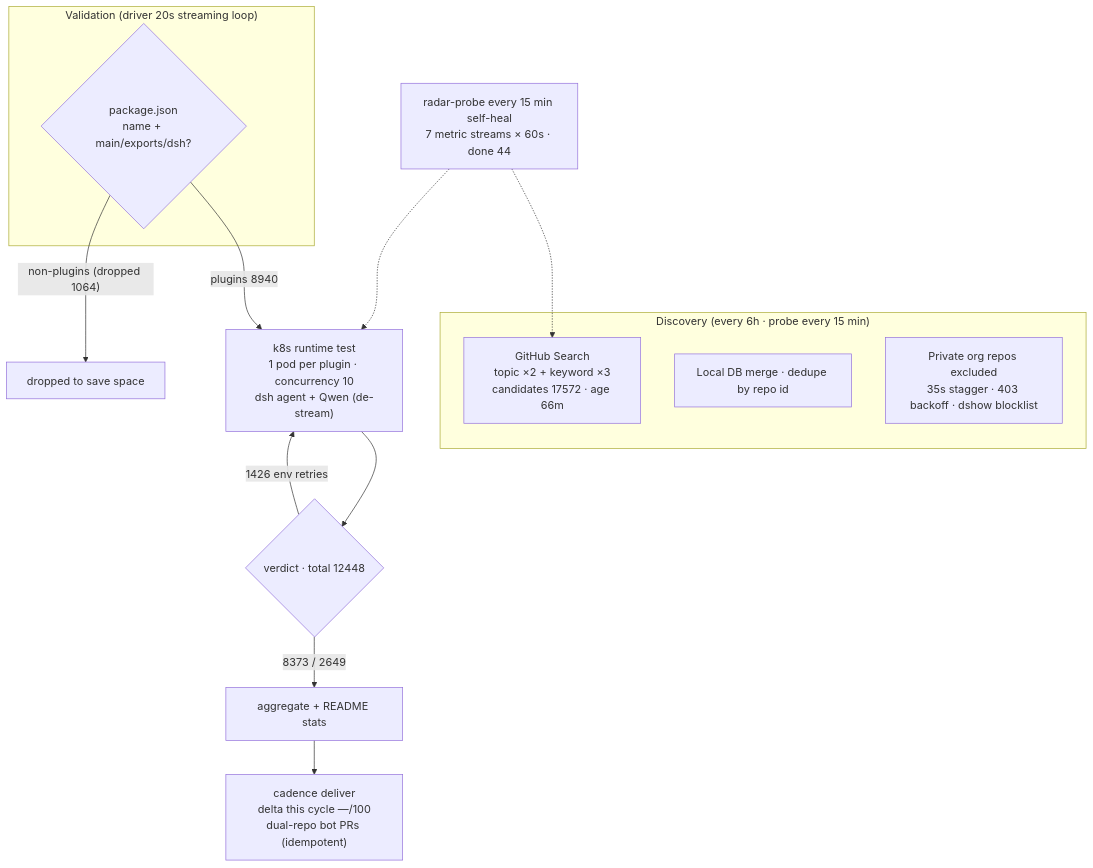
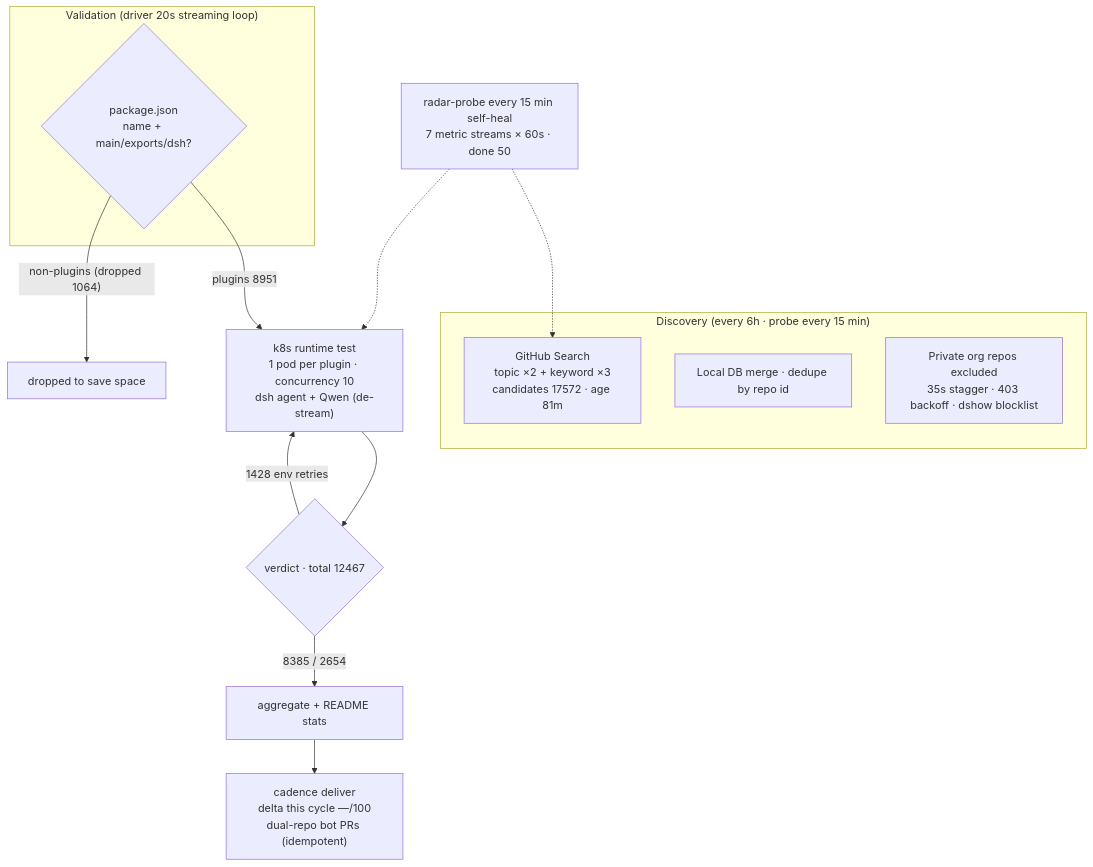
The diagram in README.en-US.md (AdamPlatin123/awesome-dsh-plugins), drawn with Mermaid before and after one commit. The commit also changed other lines of this file and 5 other files, not shown here.

````diff
--- a/README.en-US.md
+++ b/README.en-US.md
@@ -45,20 +45,20 @@
 ```mermaid
 flowchart TB
     subgraph Discovery["Discovery (every 6h · probe every 15 min)"]
-        A1["GitHub Search<br/>topic ×2 + keyword ×3<br/>candidates 17572 · age 66m"]
+        A1["GitHub Search<br/>topic ×2 + keyword ×3<br/>candidates 17572 · age 81m"]
         A2["Local DB merge · dedupe by repo id"]
         A3["Private org repos excluded<br/>35s stagger · 403 backoff · dshow blocklist"]
     end
     subgraph Validation["Validation (driver 20s streaming loop)"]
         B1{"package.json<br/>name + main/exports/dsh?"}
     end
-    B1 -->|"plugins 8940"| C1["k8s runtime test<br/>1 pod per plugin · concurrency 10<br/>dsh agent + Qwen (de-stream)"]
+    B1 -->|"plugins 8951"| C1["k8s runtime test<br/>1 pod per plugin · concurrency 10<br/>dsh agent + Qwen (de-stream)"]
     B1 -->|"non-plugins (dropped 1064)"| B3["dropped to save space"]
-    C1 --> D1{"verdict · total 12448"}
-    D1 -->|"8373 / 2649"| E1["aggregate + README stats"]
-    D1 -->|"1426 env retries"| C1
+    C1 --> D1{"verdict · total 12467"}
+    D1 -->|"8385 / 2654"| E1["aggregate + README stats"]
+    D1 -->|"1428 env retries"| C1
     E1 --> E2["cadence deliver<br/>delta this cycle —/100<br/>dual-repo bot PRs (idempotent)"]
-    M["radar-probe every 15 min self-heal<br/>7 metric streams × 60s · done 44"]
+    M["radar-probe every 15 min self-heal<br/>7 metric streams × 60s · done 50"]
     M -.-> A1
     M -.-> C1
 ```
````
